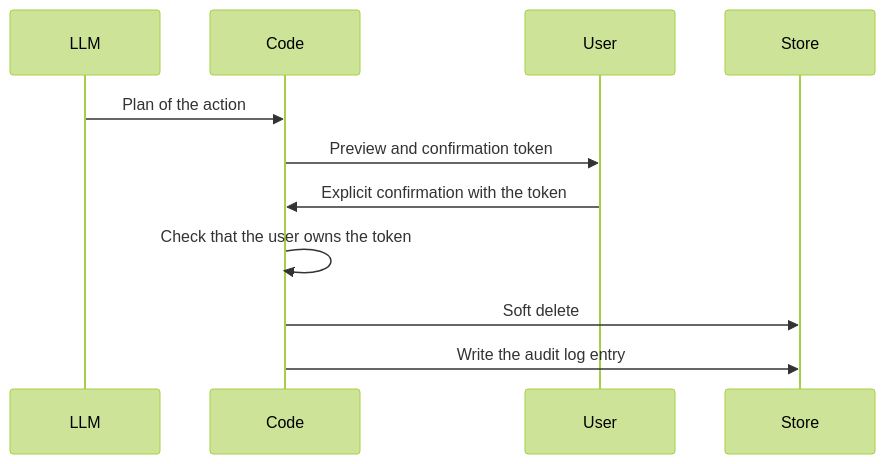
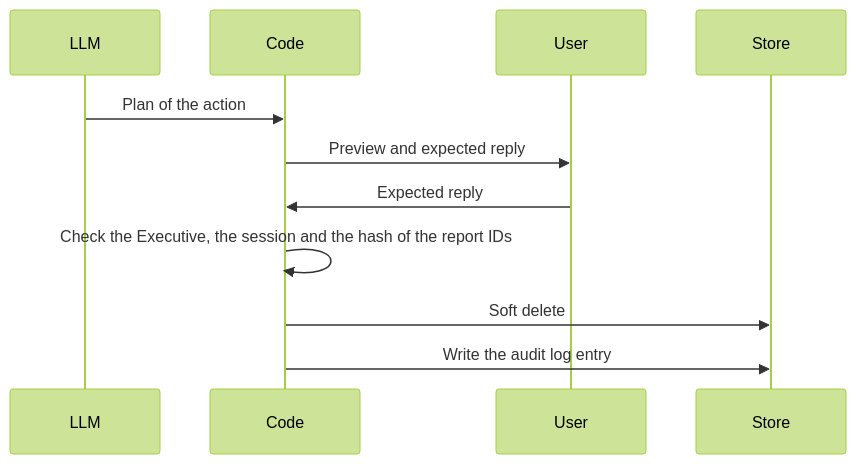
One commit to modvala/data-chat-assistant changed the fourth of 5 diagrams in docs/design-principles.md. Above: the diagram before and after it, drawn with Mermaid (forest theme). The commit also changed other lines of this file and 23 other files, not shown here.

````diff
--- a/docs/design-principles.md
+++ b/docs/design-principles.md
@@ -133,13 +133,13 @@
 ```mermaid
 sequenceDiagram
     participant LLM
     participant Code
     participant User
     participant Store
     LLM->>Code: Plan of the action
-    Code->>User: Preview and confirmation token
-    User->>Code: Explicit confirmation with the token
-    Code->>Code: Check that the user owns the token
+    Code->>User: Preview and expected reply
+    User->>Code: Expected reply
+    Code->>Code: Check the Executive, the session and the hash of the report IDs
     Code->>Store: Soft delete
     Code->>Store: Write the audit log entry
 ```
````
